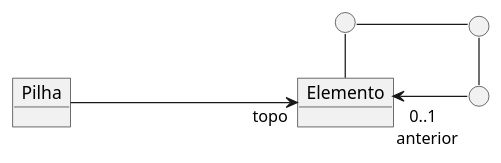
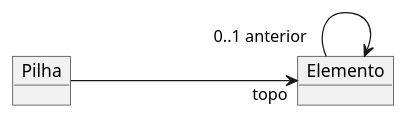
The diagram in Imagens/modelos-04/mod04ima06/mod04ima06.plantuml (kyriosdata/oo), drawn with PlantUML before and after one commit. The commit also changed 19 other files, not shown here.

```diff
--- a/Imagens/modelos-04/mod04ima06/mod04ima06.plantuml
+++ b/Imagens/modelos-04/mod04ima06/mod04ima06.plantuml
@@ -1,14 +1,8 @@
 @startuml mod04ima06
-skinparam linetype ortho
 object "Pilha" as pi 
 object "Elemento" as el 
-circle " " as p1
-circle " " as p2
-circle " " as p3
+
 left to right direction
 pi ----> "topo" el  
-el -left- p1
-p1 -down- p2
-p2 -right- p3
-p3 -up->"0..1 \n anterior" el
+el "0..1 anterior"--> el
 @enduml
```
